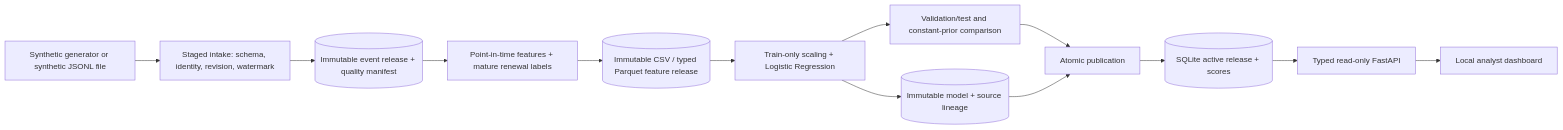
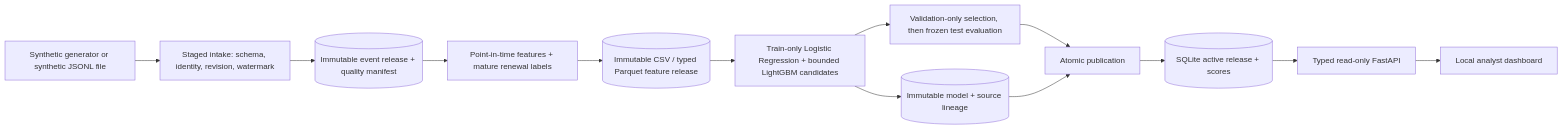
One commit to Palapluem/RetentionOps changed the first of 2 diagrams in docs/ARCHITECTURE.md. Above: the diagram before and after it, drawn with Mermaid. The commit also changed other lines of this file and 16 other files, not shown here.

Commit message:
feat(ml): add validation-selected lightgbm candidates

````diff
--- a/docs/ARCHITECTURE.md
+++ b/docs/ARCHITECTURE.md
@@ -5,15 +5,15 @@
 ```mermaid
 flowchart LR
   G[Synthetic generator or synthetic JSONL file] --> I[Staged intake: schema, identity, revision, watermark]
   I --> R[(Immutable event release + quality manifest)]
   R --> F[Point-in-time features + mature renewal labels]
   F --> Q[(Immutable CSV / typed Parquet feature release)]
-  Q --> T[Train-only scaling + Logistic Regression]
-  T --> E[Validation/test and constant-prior comparison]
+  Q --> T[Train-only Logistic Regression + bounded LightGBM candidates]
+  T --> E[Validation-only selection, then frozen test evaluation]
   T --> M[(Immutable model + source lineage)]
   E --> P[Atomic publication]
   M --> P
   P --> S[(SQLite active release + scores)]
   S --> A[Typed read-only FastAPI]
   A --> U[Local analyst dashboard]
 ```
````
